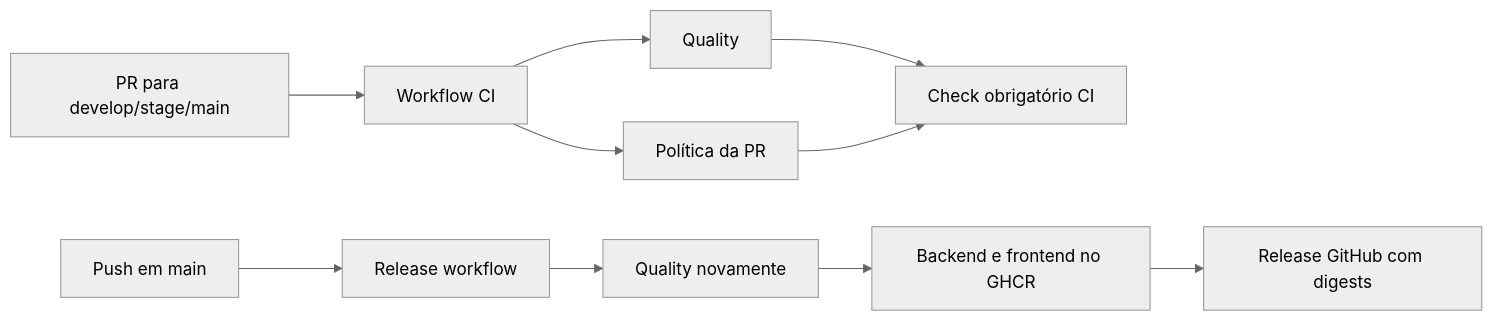
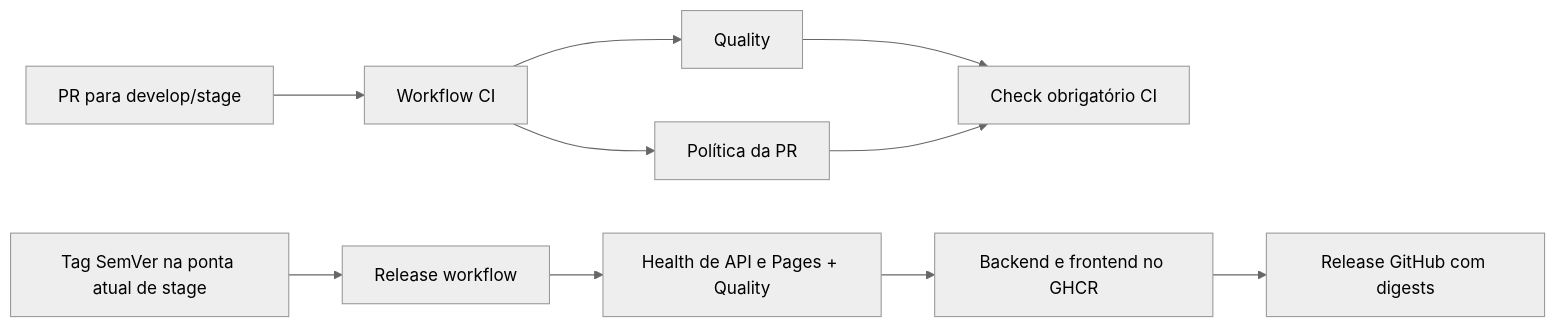
The second of 2 diagrams in docs/apps/infraestrutura.md (SamiaLuvanice/bestprice), drawn with Mermaid (neutral theme) before and after one commit. The commit also changed other lines of this file and 27 other files, not shown here.

First line of the commit message:
chore(ci): releases por tag sem main

````diff
--- a/docs/apps/infraestrutura.md
+++ b/docs/apps/infraestrutura.md
@@ -62,12 +62,12 @@
 ```mermaid
 graph LR
-  PR[PR para develop/stage/main] --> CI[Workflow CI]
+  PR[PR para develop/stage] --> CI[Workflow CI]
   CI --> Quality[Quality]
   CI --> Policy[Política da PR]
   Quality --> Required[Check obrigatório CI]
   Policy --> Required
-  Main[Push em main] --> Delivery[Release workflow]
-  Delivery --> Quality2[Quality novamente]
-  Quality2 --> Images[Backend e frontend no GHCR]
+  Tag[Tag SemVer na ponta atual de stage] --> Delivery[Release workflow]
+  Delivery --> Health[Health de API e Pages + Quality]
+  Health --> Images[Backend e frontend no GHCR]
   Images --> Release[Release GitHub com digests]
 ```
````
